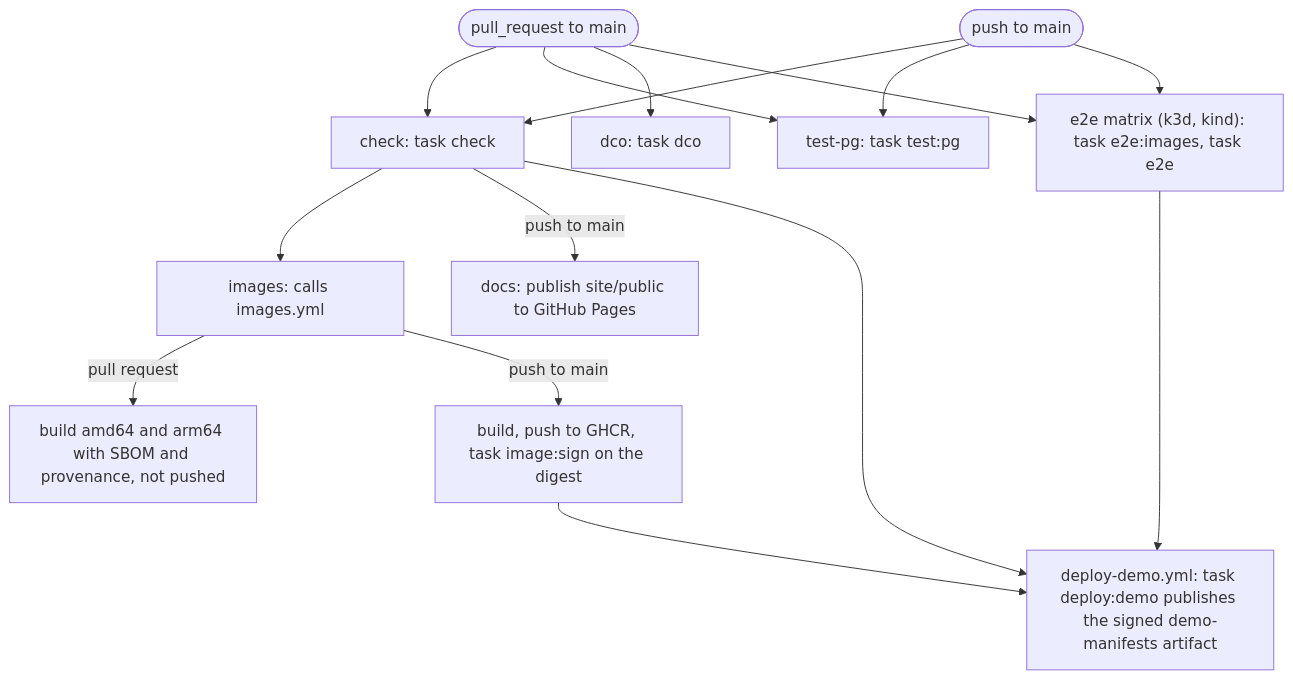
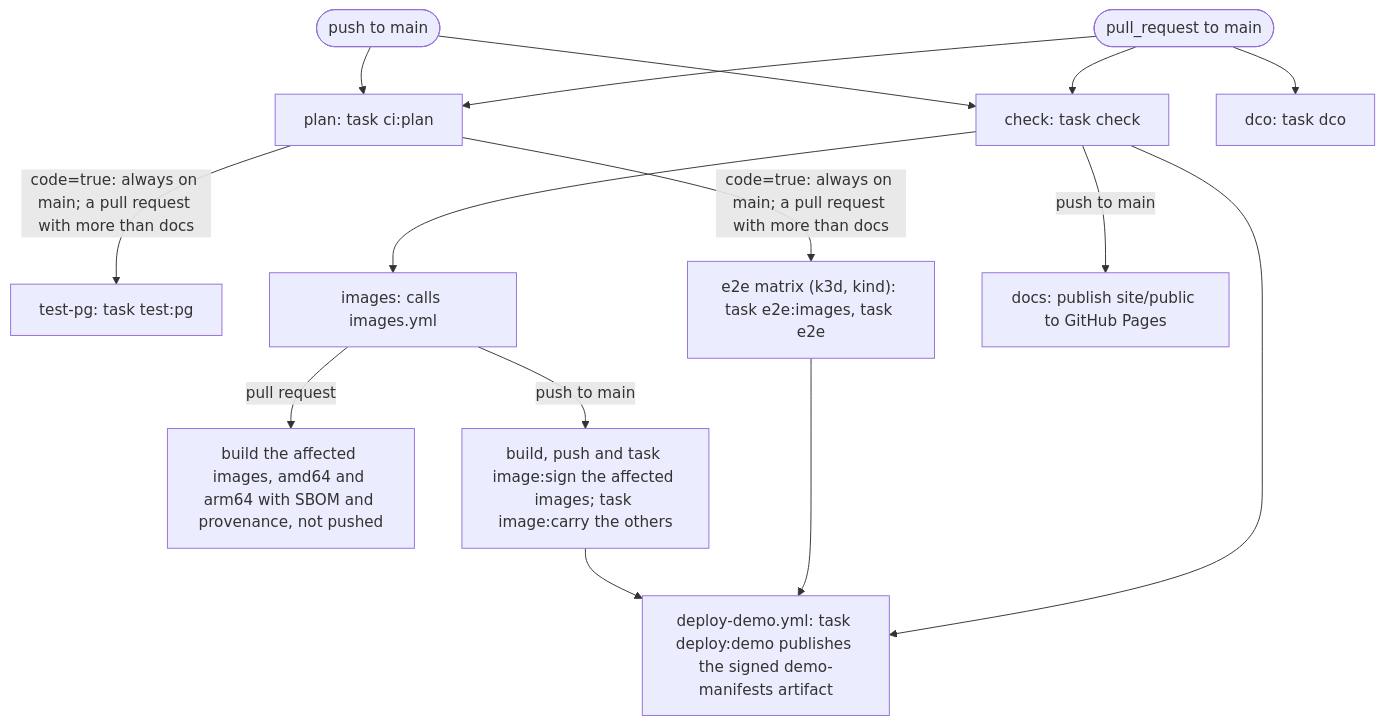
One commit to arkadiuss/openfief changed the third of 5 diagrams in docs/dev/pipeline.md. Above: the diagram before and after it, drawn with Mermaid. The commit also changed other lines of this file and 159 other files, not shown here.

First line of the commit message:
build(ci): run only the checks and images a change affects

````diff
--- a/docs/dev/pipeline.md
+++ b/docs/dev/pipeline.md
@@ -141,15 +184,16 @@
 ```mermaid
 flowchart TD
   pr(["pull_request to main"])
   push(["push to main"])
-  pr --> check & testpg & dco & e2e
-  push --> check & testpg & e2e
+  pr --> plan & check & dco
+  push --> plan & check
+  plan["plan: task ci:plan"] -->|"code=true: always on main; a pull request with more than docs"| testpg & e2e
   check["check: task check"] --> images["images: calls images.yml"]
   check -->|"push to main"| docsjob["docs: publish site/public to GitHub Pages"]
   testpg["test-pg: task test:pg"]
   dco["dco: task dco"]
   e2e["e2e matrix (k3d, kind): task e2e:images, task e2e"]
-  images -->|"pull request"| build["build amd64 and arm64 with SBOM and provenance, not pushed"]
-  images -->|"push to main"| pub["build, push to GHCR, task image:sign on the digest"]
+  images -->|"pull request"| build["build the affected images, amd64 and arm64 with SBOM and provenance, not pushed"]
+  images -->|"push to main"| pub["build, push and task image:sign the affected images; task image:carry the others"]
   check & e2e & pub --> demo["deploy-demo.yml: task deploy:demo publishes the signed demo-manifests artifact"]
 ```
````
